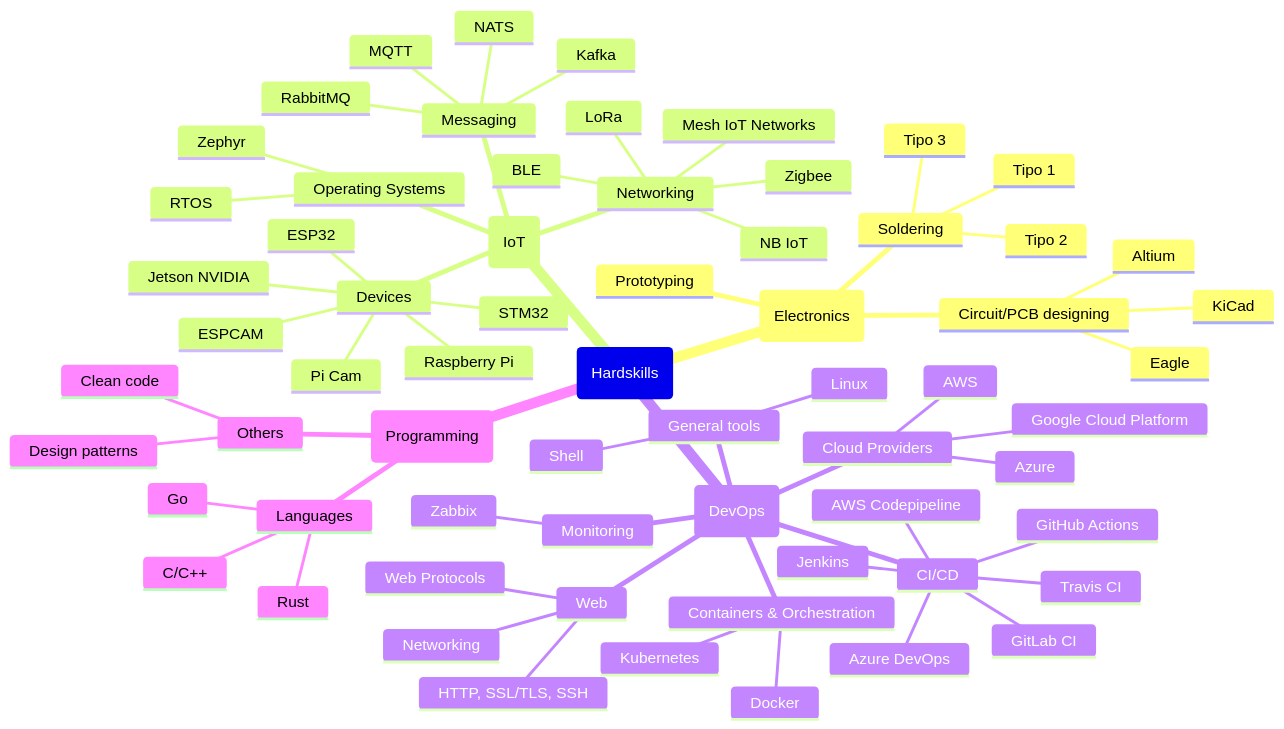
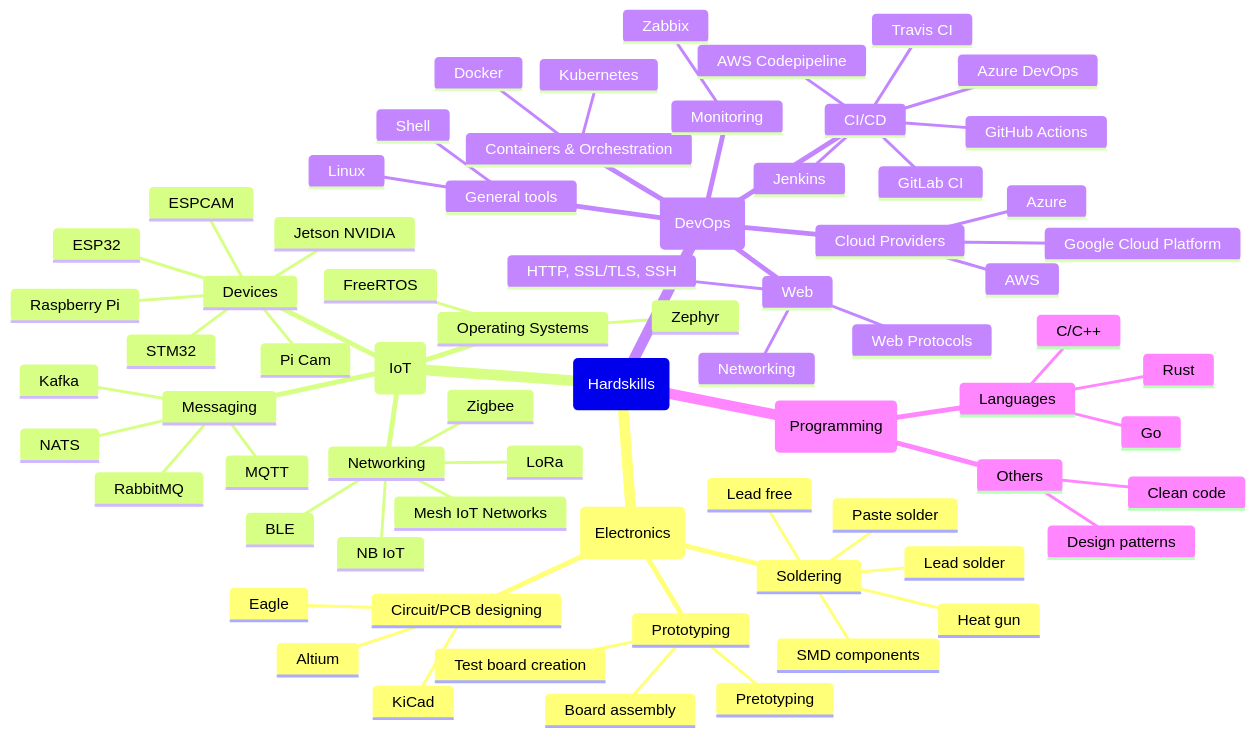
The diagram in hardskills.mmd (taffarel55/pdi), drawn with Mermaid before and after one commit.

Commit message:
💻 hard: Update hardskills

```diff
--- a/hardskills.mmd
+++ b/hardskills.mmd
@@ -1,71 +1,76 @@
 mindmap
   (Hardskills)
   ::icon(fa fa-laptop)
     (Electronics)
     ::icon(fa fa-microchip)
         Circuit/PCB designing
             Altium
             Eagle
             KiCad
         Prototyping
+            Board assembly
+            Test board creation
+            Pretotyping
         Soldering
-            Tipo 1
-            Tipo 2
-            Tipo 3
+            Lead solder
+            Lead free
+            Heat gun
+            SMD components
+            Paste solder
     (IoT)
     ::icon(fa fa-cloud)
         Devices
             Raspberry Pi
             Pi Cam
             ESPCAM
             ESP32
             STM32
             Jetson NVIDIA
         Networking
             LoRa
             Zigbee
             BLE
             Mesh IoT Networks
             NB IoT
         Messaging
             MQTT
             RabbitMQ
             Kafka
             NATS
         Operating Systems
-            RTOS
+            FreeRTOS
             Zephyr
     (DevOps)
     ::icon(fa fa-infinity)
         General tools
             Linux
             Shell
         Web
             Networking
             Web Protocols
             HTTP, SSL/TLS, SSH
         Containers & Orchestration
             Docker
             Kubernetes
         Cloud Providers
             AWS
             Azure
             Google Cloud Platform
         CI/CD
             Jenkins
             GitLab CI
             GitHub Actions
             Travis CI
             AWS Codepipeline
             Azure DevOps
         Monitoring
             Zabbix
     (Programming)
     ::icon(fa fa-book)
         Languages
             C/C++
             Rust
             Go
         Others
             Clean code
             Design patterns
```
